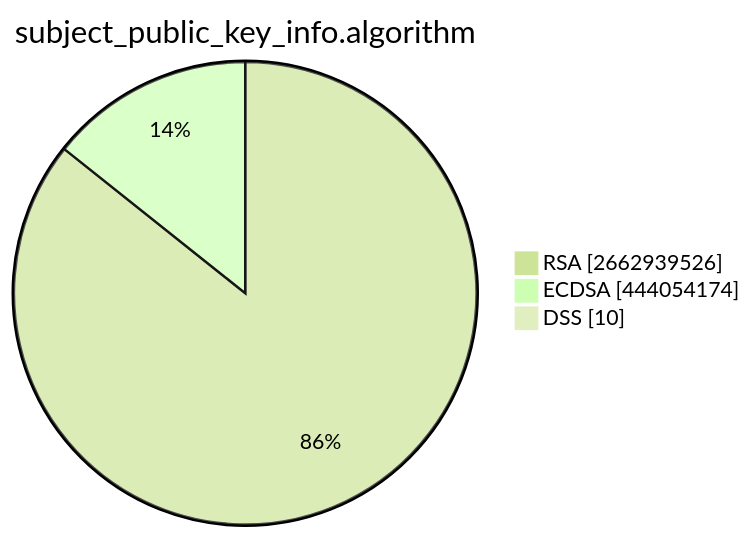
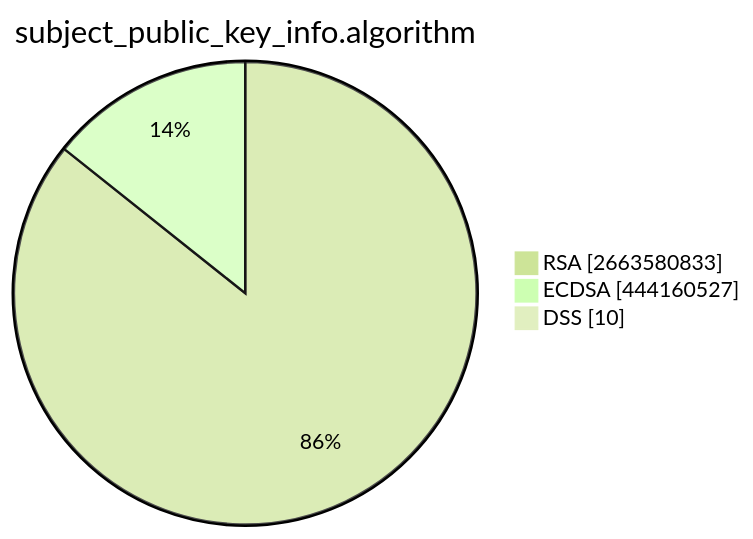
Before and after one commit to christiankrug/ctmonitor_visualization: the second of 15 diagrams in TOTAL/README.md, drawn with Mermaid (forest theme). The commit also changed other lines of this file, not shown here.

````diff
--- a/TOTAL/README.md
+++ b/TOTAL/README.md
@@ -6,7 +6,7 @@
 ```mermaid
 pie showData
 title subject_public_key_info.algorithm
-"RSA" :2662939526
-"ECDSA" :444054174
+"RSA" :2663580833
+"ECDSA" :444160527
 "DSS" :10
 ```
````
